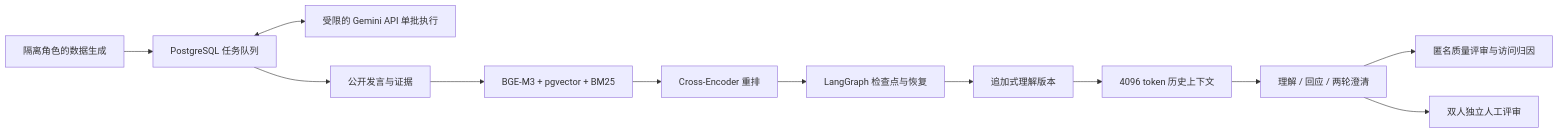
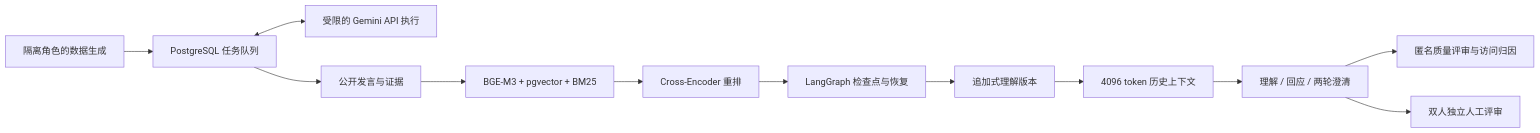
Before and after one commit to ZAE02/TraceMind: the diagram in README.md, drawn with Mermaid. The commit also changed 10 other files, not shown here.

Commit message:
Connect durable LangGraph workflow to designated Gemini API and require real smoke proof

````diff
--- a/README.md
+++ b/README.md
@@ -11,14 +11,14 @@
 ```mermaid
 flowchart LR
   D[隔离角色的数据生成] --> Q[PostgreSQL 任务队列]
-  Q <--> A[受限的 Gemini API 单批执行]
+  Q <--> A[受限的 Gemini API 执行]
   Q --> E[公开发言与证据]
   E --> R[BGE-M3 + pgvector + BM25]
   R --> X[Cross-Encoder 重排]
   X --> G[LangGraph 检查点与恢复]
   G --> M[追加式理解版本]
   M --> C[4096 token 历史上下文]
   C --> T[理解 / 回应 / 两轮澄清]
   T --> J[匿名质量评审与访问归因]
   T --> H[双人独立人工评审]
 ```
````
